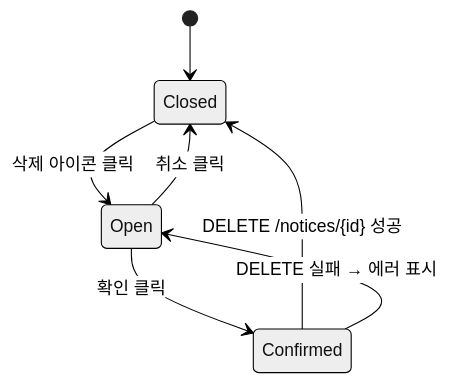
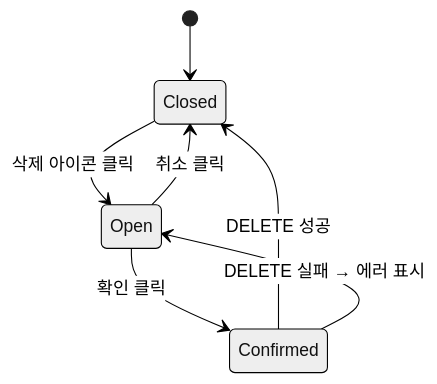
One commit to dev-spogym/admin-pando changed the diagram in docs/다이어그램/D09_설정관리/DLG/DLG-085-002_공지삭제확인/M1_생명주기.md. Above: the diagram before and after it, drawn with Mermaid (neutral theme). The commit also changed other lines of this file and 1660 other files, not shown here.

First line of the commit message:
다이어그램: 기획자/클라이언트 납품본으로 정리

````diff
--- a/docs/다이어그램/D09_설정관리/DLG/DLG-085-002_공지삭제확인/M1_생명주기.md
+++ b/docs/다이어그램/D09_설정관리/DLG/DLG-085-002_공지삭제확인/M1_생명주기.md
@@ -14,9 +12,9 @@
 ```mermaid
 stateDiagram-v2
     [*] --> Closed
     Closed --> Open: 삭제 아이콘 클릭
     Open --> Confirmed: 확인 클릭
     Open --> Closed: 취소 클릭
-    Confirmed --> Closed: DELETE /notices/{id} 성공
+    Confirmed --> Closed: DELETE 성공
     Confirmed --> Open: DELETE 실패 → 에러 표시
 ```
````
